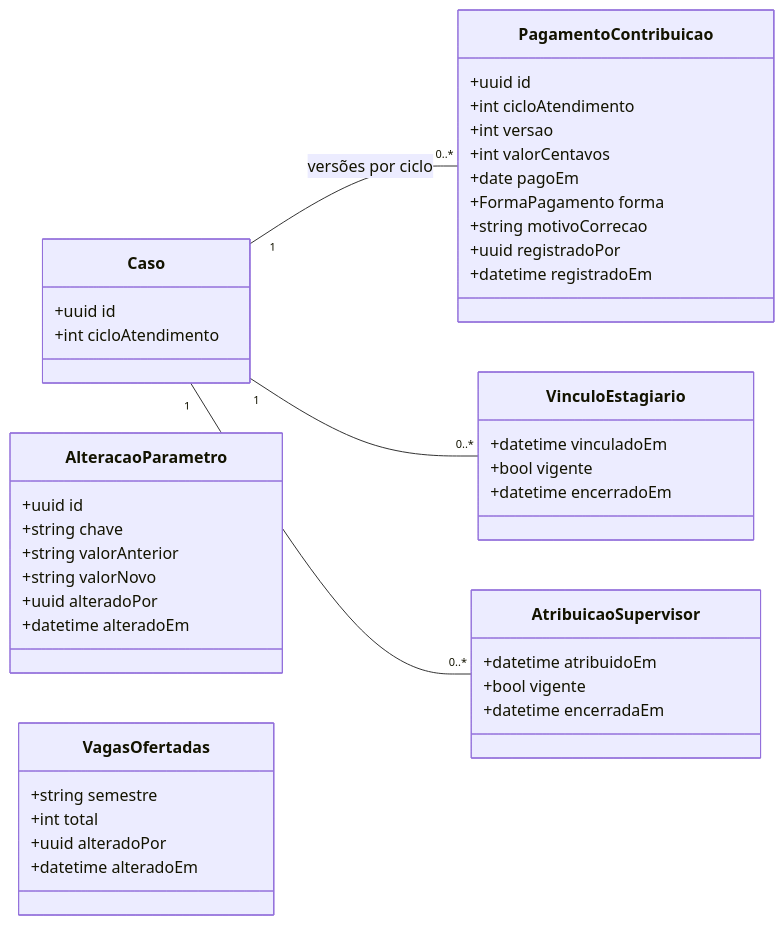
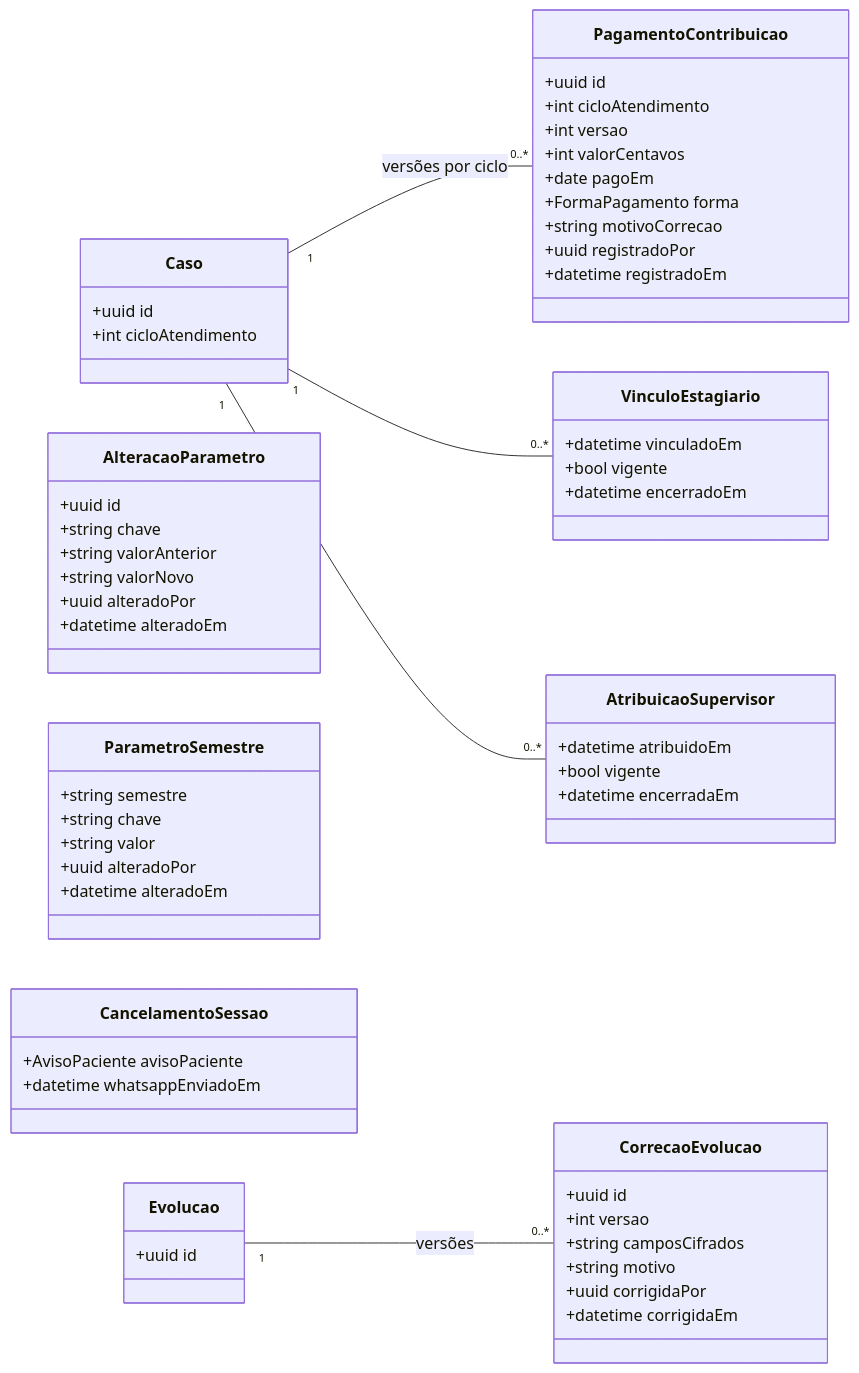
The third of 45 diagrams in documentacao/docs/construcao/projeto-features.md (mdsreq-fga-unb/REQ-2026.2-T02-ClinicaEscolaFBr), drawn with Mermaid before and after one commit. The commit also changed other lines of this file and 1 other file, not shown here.

````diff
--- a/documentacao/docs/construcao/projeto-features.md
+++ b/documentacao/docs/construcao/projeto-features.md
@@ -215,46 +215,63 @@
 ```mermaid
 classDiagram
     direction LR
     class Caso {
       +uuid id
       +int cicloAtendimento
     }
     class VinculoEstagiario {
       +datetime vinculadoEm
       +bool vigente
       +datetime encerradoEm
     }
     class AtribuicaoSupervisor {
       +datetime atribuidoEm
       +bool vigente
       +datetime encerradaEm
     }
     class PagamentoContribuicao {
       +uuid id
       +int cicloAtendimento
       +int versao
       +int valorCentavos
       +date pagoEm
       +FormaPagamento forma
       +string motivoCorrecao
       +uuid registradoPor
       +datetime registradoEm
     }
     class AlteracaoParametro {
       +uuid id
       +string chave
       +string valorAnterior
       +string valorNovo
       +uuid alteradoPor
       +datetime alteradoEm
     }
-    class VagasOfertadas {
+    class ParametroSemestre {
       +string semestre
-      +int total
+      +string chave
+      +string valor
       +uuid alteradoPor
       +datetime alteradoEm
+    }
+    class CorrecaoEvolucao {
+      +uuid id
+      +int versao
+      +string camposCifrados
+      +string motivo
+      +uuid corrigidaPor
+      +datetime corrigidaEm
+    }
+    class CancelamentoSessao {
+      +AvisoPaciente avisoPaciente
+      +datetime whatsappEnviadoEm
+    }
+    class Evolucao {
+      +uuid id
     }
     Caso "1" -- "0..*" PagamentoContribuicao : versões por ciclo
     Caso "1" -- "0..*" VinculoEstagiario
     Caso "1" -- "0..*" AtribuicaoSupervisor
+    Evolucao "1" -- "0..*" CorrecaoEvolucao : versões
 ```
````
